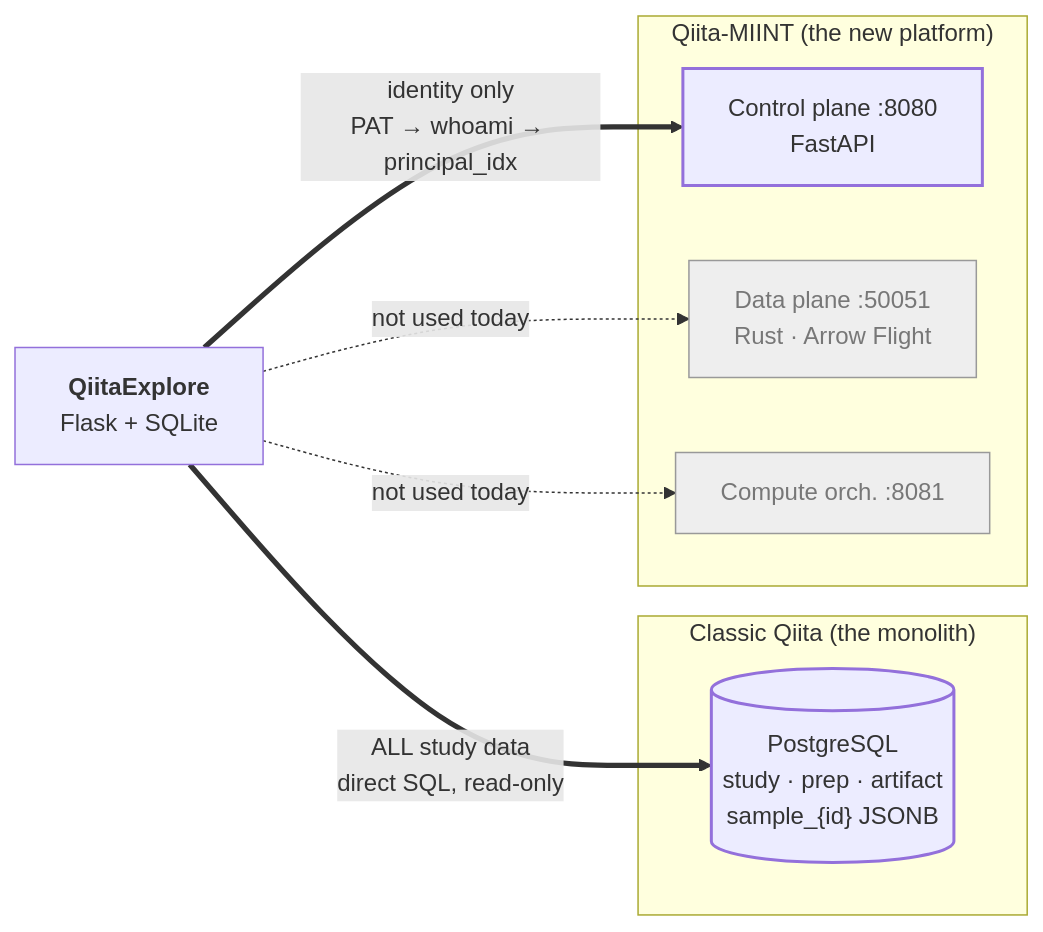
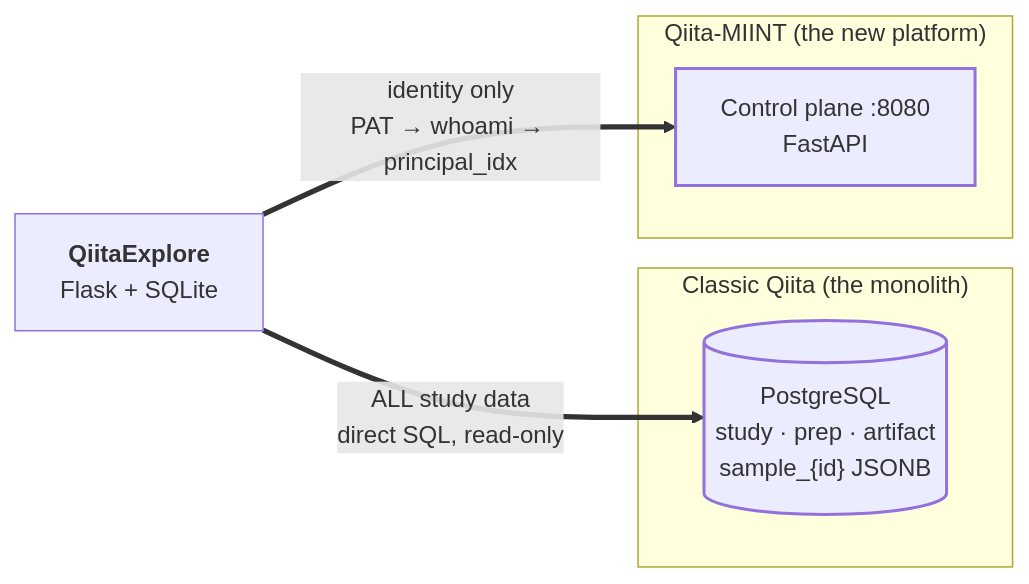
Before and after one commit to dhruvviveksharma/QiitaExplore: the diagram in docs/00-orientation.md, drawn with Mermaid. The commit also changed other lines of this file and 70 other files, not shown here.

````diff
--- a/docs/00-orientation.md
+++ b/docs/00-orientation.md
@@ -30,24 +30,18 @@
 ```mermaid
 flowchart LR
     QE["<b>QiitaExplore</b><br/>Flask + SQLite"]
 
     subgraph CLASSIC["Classic Qiita (the monolith)"]
         PG[("PostgreSQL<br/>study · prep · artifact<br/>sample_{id} JSONB")]
     end
 
     subgraph MIINT["Qiita-MIINT (the new platform)"]
         CP["Control plane :8080<br/>FastAPI"]
-        DP["Data plane :50051<br/>Rust · Arrow Flight"]
-        CO["Compute orch. :8081"]
     end
 
     QE ==>|"ALL study data<br/>direct SQL, read-only"| PG
     QE ==>|"identity only<br/>PAT → whoami → principal_idx"| CP
-    QE -.->|not used today| DP
-    QE -.->|not used today| CO
 
-    style DP fill:#eee,stroke:#999,color:#777
-    style CO fill:#eee,stroke:#999,color:#777
     style PG stroke-width:2px
     style CP stroke-width:2px
 ```
````
